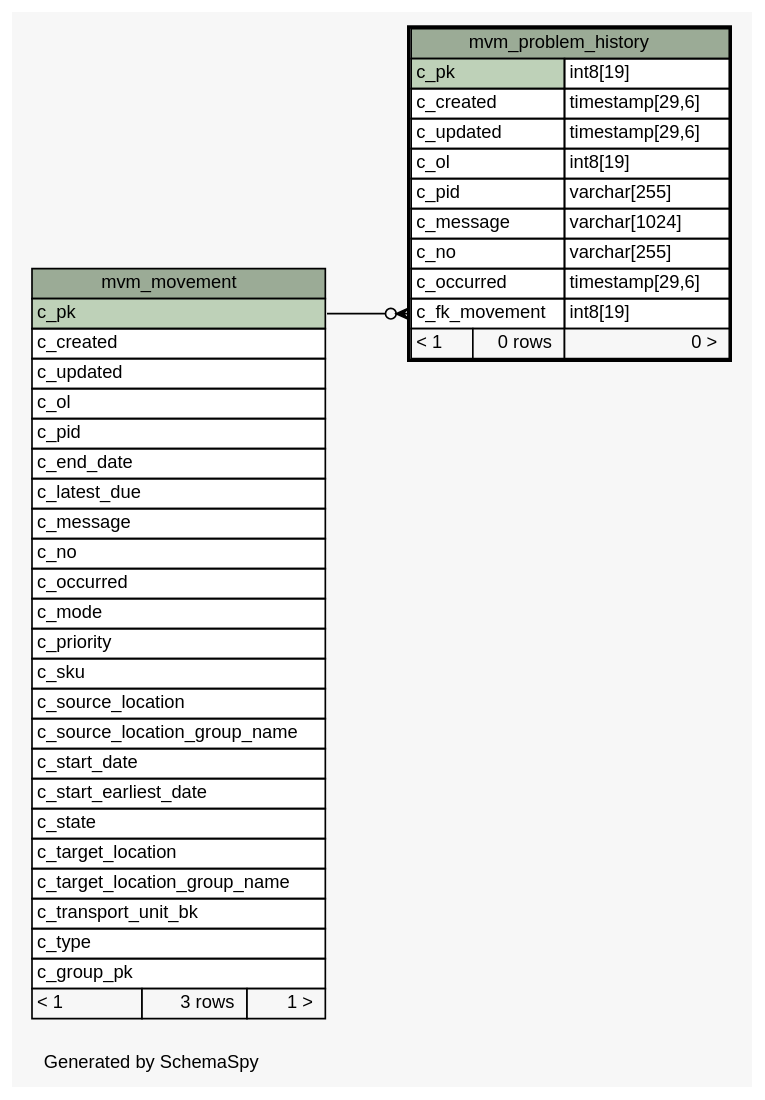
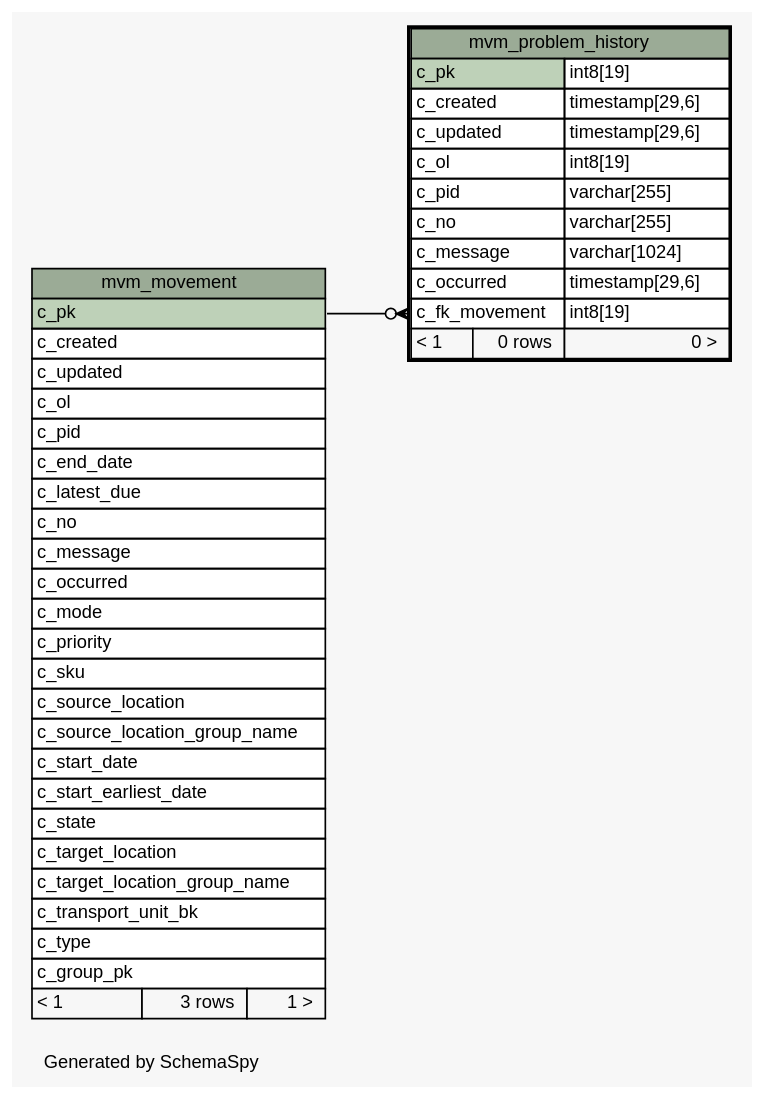
Before and after one commit to openwms/org.openwms.wms.movements.lib: the diagram in 1.0.0-SNAPSHOT/schemaspy/diagrams/mvm_problem_history.1degree.dot, drawn with Graphviz. The commit also changed other lines of this file and 223 other files, not shown here.

```diff
--- a/1.0.0-SNAPSHOT/schemaspy/diagrams/mvm_problem_history.1degree.dot
+++ b/1.0.0-SNAPSHOT/schemaspy/diagrams/mvm_problem_history.1degree.dot
@@ -1,73 +1,73 @@
 // dot 2.43.0 on Linux 5.11.0-1020-azure
 // SchemaSpy rev Unknown
 digraph "oneDegreeRelationshipsDiagram" {
   graph [
     rankdir="RL"
     bgcolor="#f7f7f7"
     label="\nGenerated by SchemaSpy"
     labeljust="l"
     nodesep="0.18"
     ranksep="0.46"
     fontname="Helvetica"
     fontsize="11"
   ];
   node [
     fontname="Helvetica"
     fontsize="11"
     shape="plaintext"
   ];
   edge [
     arrowsize="0.8"
   ];
   "mvm_problem_history":"c_fk_movement":w -> "mvm_movement":"c_pk":e [arrowhead=none dir=back arrowtail=crowodot];
   "mvm_movement" [
     label=<
     <TABLE BORDER="0" CELLBORDER="1" CELLSPACING="0" BGCOLOR="#ffffff">
       <TR><TD COLSPAN="3" BGCOLOR="#9bab96" ALIGN="CENTER">mvm_movement</TD></TR>
       <TR><TD PORT="c_pk" COLSPAN="3" BGCOLOR="#bed1b8" ALIGN="LEFT">c_pk</TD></TR>
       <TR><TD PORT="c_created" COLSPAN="3" ALIGN="LEFT">c_created</TD></TR>
       <TR><TD PORT="c_updated" COLSPAN="3" ALIGN="LEFT">c_updated</TD></TR>
       <TR><TD PORT="c_ol" COLSPAN="3" ALIGN="LEFT">c_ol</TD></TR>
       <TR><TD PORT="c_pid" COLSPAN="3" ALIGN="LEFT">c_pid</TD></TR>
       <TR><TD PORT="c_end_date" COLSPAN="3" ALIGN="LEFT">c_end_date</TD></TR>
       <TR><TD PORT="c_latest_due" COLSPAN="3" ALIGN="LEFT">c_latest_due</TD></TR>
+      <TR><TD PORT="c_no" COLSPAN="3" ALIGN="LEFT">c_no</TD></TR>
       <TR><TD PORT="c_message" COLSPAN="3" ALIGN="LEFT">c_message</TD></TR>
-      <TR><TD PORT="c_no" COLSPAN="3" ALIGN="LEFT">c_no</TD></TR>
       <TR><TD PORT="c_occurred" COLSPAN="3" ALIGN="LEFT">c_occurred</TD></TR>
       <TR><TD PORT="c_mode" COLSPAN="3" ALIGN="LEFT">c_mode</TD></TR>
       <TR><TD PORT="c_priority" COLSPAN="3" ALIGN="LEFT">c_priority</TD></TR>
       <TR><TD PORT="c_sku" COLSPAN="3" ALIGN="LEFT">c_sku</TD></TR>
       <TR><TD PORT="c_source_location" COLSPAN="3" ALIGN="LEFT">c_source_location</TD></TR>
       <TR><TD PORT="c_source_location_group_name" COLSPAN="3" ALIGN="LEFT">c_source_location_group_name</TD></TR>
       <TR><TD PORT="c_start_date" COLSPAN="3" ALIGN="LEFT">c_start_date</TD></TR>
       <TR><TD PORT="c_start_earliest_date" COLSPAN="3" ALIGN="LEFT">c_start_earliest_date</TD></TR>
       <TR><TD PORT="c_state" COLSPAN="3" ALIGN="LEFT">c_state</TD></TR>
       <TR><TD PORT="c_target_location" COLSPAN="3" ALIGN="LEFT">c_target_location</TD></TR>
       <TR><TD PORT="c_target_location_group_name" COLSPAN="3" ALIGN="LEFT">c_target_location_group_name</TD></TR>
       <TR><TD PORT="c_transport_unit_bk" COLSPAN="3" ALIGN="LEFT">c_transport_unit_bk</TD></TR>
       <TR><TD PORT="c_type" COLSPAN="3" ALIGN="LEFT">c_type</TD></TR>
       <TR><TD PORT="c_group_pk" COLSPAN="3" ALIGN="LEFT">c_group_pk</TD></TR>
       <TR><TD ALIGN="LEFT" BGCOLOR="#f7f7f7">&lt; 1</TD><TD ALIGN="RIGHT" BGCOLOR="#f7f7f7">3 rows</TD><TD ALIGN="RIGHT" BGCOLOR="#f7f7f7">1 &gt;</TD></TR>
     </TABLE>>
     URL="mvm_movement.html"
     tooltip="mvm_movement"
   ];
   "mvm_problem_history" [
     label=<
     <TABLE BORDER="2" CELLBORDER="1" CELLSPACING="0" BGCOLOR="#ffffff">
       <TR><TD COLSPAN="3" BGCOLOR="#9bab96" ALIGN="CENTER">mvm_problem_history</TD></TR>
       <TR><TD PORT="c_pk" COLSPAN="2" BGCOLOR="#bed1b8" ALIGN="LEFT">c_pk</TD><TD PORT="c_pk.type" ALIGN="LEFT">int8[19]</TD></TR>
       <TR><TD PORT="c_created" COLSPAN="2" ALIGN="LEFT">c_created</TD><TD PORT="c_created.type" ALIGN="LEFT">timestamp[29,6]</TD></TR>
       <TR><TD PORT="c_updated" COLSPAN="2" ALIGN="LEFT">c_updated</TD><TD PORT="c_updated.type" ALIGN="LEFT">timestamp[29,6]</TD></TR>
       <TR><TD PORT="c_ol" COLSPAN="2" ALIGN="LEFT">c_ol</TD><TD PORT="c_ol.type" ALIGN="LEFT">int8[19]</TD></TR>
       <TR><TD PORT="c_pid" COLSPAN="2" ALIGN="LEFT">c_pid</TD><TD PORT="c_pid.type" ALIGN="LEFT">varchar[255]</TD></TR>
+      <TR><TD PORT="c_no" COLSPAN="2" ALIGN="LEFT">c_no</TD><TD PORT="c_no.type" ALIGN="LEFT">varchar[255]</TD></TR>
       <TR><TD PORT="c_message" COLSPAN="2" ALIGN="LEFT">c_message</TD><TD PORT="c_message.type" ALIGN="LEFT">varchar[1024]</TD></TR>
-      <TR><TD PORT="c_no" COLSPAN="2" ALIGN="LEFT">c_no</TD><TD PORT="c_no.type" ALIGN="LEFT">varchar[255]</TD></TR>
       <TR><TD PORT="c_occurred" COLSPAN="2" ALIGN="LEFT">c_occurred</TD><TD PORT="c_occurred.type" ALIGN="LEFT">timestamp[29,6]</TD></TR>
       <TR><TD PORT="c_fk_movement" COLSPAN="2" ALIGN="LEFT">c_fk_movement</TD><TD PORT="c_fk_movement.type" ALIGN="LEFT">int8[19]</TD></TR>
       <TR><TD ALIGN="LEFT" BGCOLOR="#f7f7f7">&lt; 1</TD><TD ALIGN="RIGHT" BGCOLOR="#f7f7f7">0 rows</TD><TD ALIGN="RIGHT" BGCOLOR="#f7f7f7">0 &gt;</TD></TR>
     </TABLE>>
     URL="mvm_problem_history.html"
     tooltip="mvm_problem_history"
   ];
 }
```
